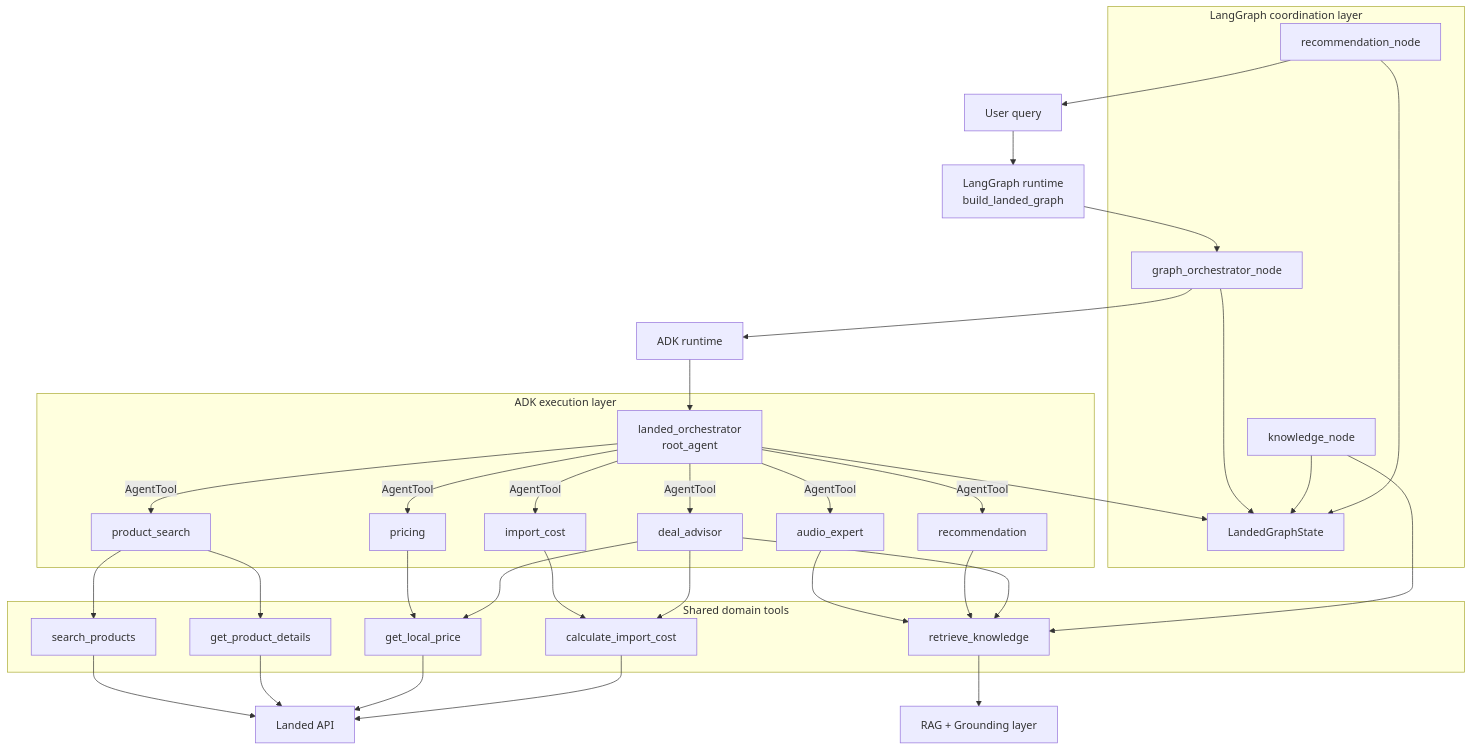
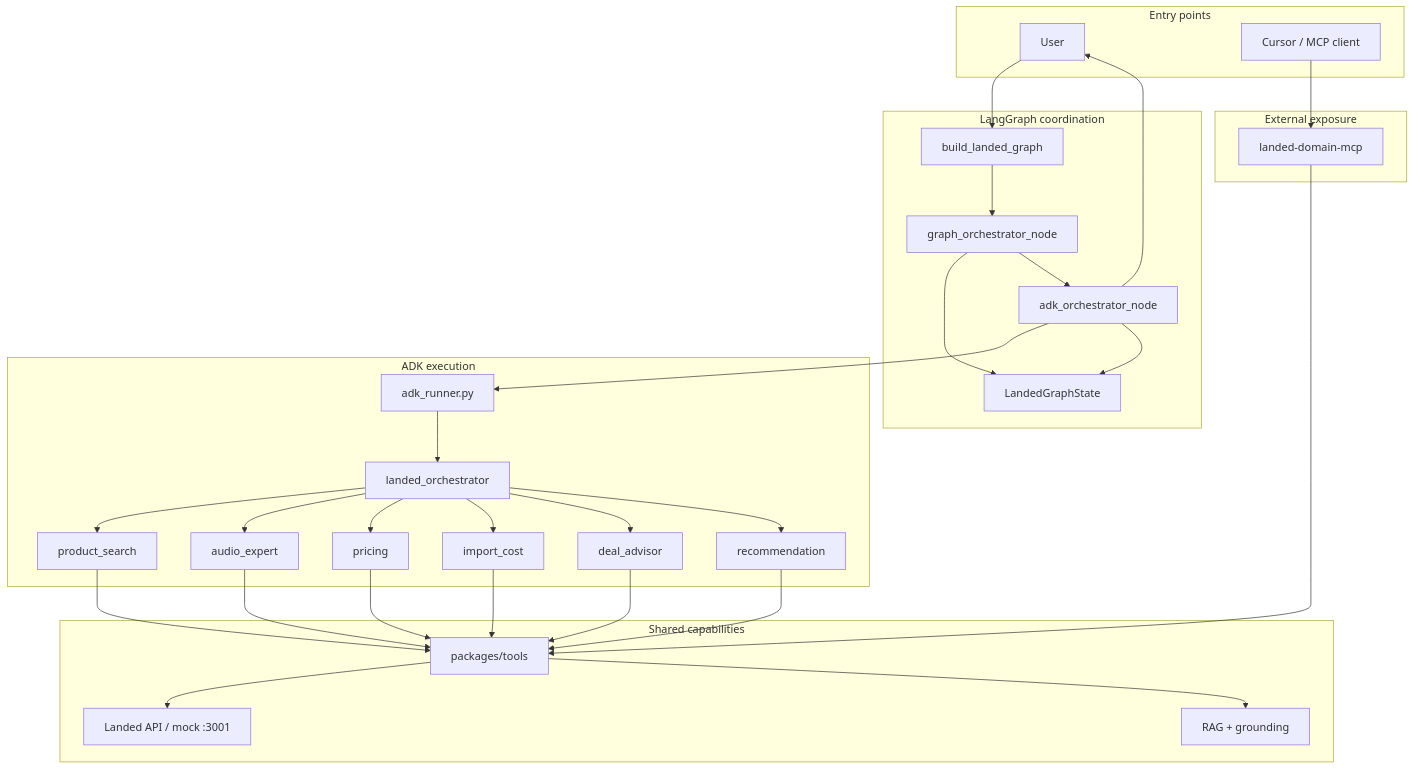
Before and after one commit to luisfm44/landed-agent: the first of 10 diagrams in docs/architecture-diagram.md, drawn with Mermaid. The commit also changed other lines of this file and 7 other files, not shown here.

First line of the commit message:
Wire LangGraph to ADK and refresh architecture documentation.

````diff
--- a/docs/architecture-diagram.md
+++ b/docs/architecture-diagram.md
@@ -9,63 +11,60 @@
 ```mermaid
 flowchart TB
-    USER[User query] --> LG[LangGraph runtime<br/>build_landed_graph]
-
-    subgraph graph [LangGraph coordination layer]
-        STATE[LandedGraphState]
-        GO[graph_orchestrator_node]
-        KN[knowledge_node]
-        RN[recommendation_node]
+    subgraph entry [Entry points]
+        USER[User]
+        MCPCLIENT[Cursor / MCP client]
     end
 
-    LG --> GO
-    GO --> STATE
-    GO --> ADK
+    subgraph coordination [LangGraph coordination]
+        LG[build_landed_graph]
+        GO[graph_orchestrator_node]
+        AO[adk_orchestrator_node]
+        STATE[LandedGraphState]
+    end
 
-    subgraph adk [ADK execution layer]
-        ORCH[landed_orchestrator<br/>root_agent]
+    subgraph execution [ADK execution]
+        RUN[adk_runner.py]
+        ORCH[landed_orchestrator]
         PS[product_search]
         AE[audio_expert]
         PR[pricing]
         IC[import_cost]
         DA[deal_advisor]
         REC[recommendation]
     end
 
-    ADK[ADK runtime] --> ORCH
-    ORCH -->|AgentTool| PS
-    ORCH -->|AgentTool| AE
-    ORCH -->|AgentTool| PR
-    ORCH -->|AgentTool| IC
-    ORCH -->|AgentTool| DA
-    ORCH -->|AgentTool| REC
-
-    subgraph tools [Shared domain tools]
-        T1[search_products]
-        T2[get_product_details]
-        T3[get_local_price]
-        T4[calculate_import_cost]
-        T5[retrieve_knowledge]
+    subgraph exposure [External exposure]
+        MCP[landed-domain-mcp]
     end
 
-    PS --> T1
-    PS --> T2
-    PR --> T3
-    IC --> T4
-    DA --> T3
-    DA --> T4
-    AE --> T5
-    REC --> T5
-    DA --> T5
-    KN --> T5
+    subgraph capabilities [Shared capabilities]
+        TOOLS[packages/tools]
+        API[Landed API / mock :3001]
+        RAG[RAG + grounding]
+    end
 
-    T1 --> API[Landed API]
-    T2 --> API
-    T3 --> API
-    T4 --> API
-    T5 --> RAG[RAG + Grounding layer]
+    USER --> LG
+    LG --> GO --> STATE
+    GO --> AO --> RUN --> ORCH
+    MCPCLIENT --> MCP
 
-    ORCH --> STATE
-    KN --> STATE
-    RN --> STATE
-    RN --> USER
+    ORCH --> PS
+    ORCH --> AE
+    ORCH --> PR
+    ORCH --> IC
+    ORCH --> DA
+    ORCH --> REC
+
+    PS --> TOOLS
+    AE --> TOOLS
+    PR --> TOOLS
+    IC --> TOOLS
+    DA --> TOOLS
+    REC --> TOOLS
+    MCP --> TOOLS
+
+    TOOLS --> API
+    TOOLS --> RAG
+    AO --> STATE
+    AO --> USER
 ```
````
